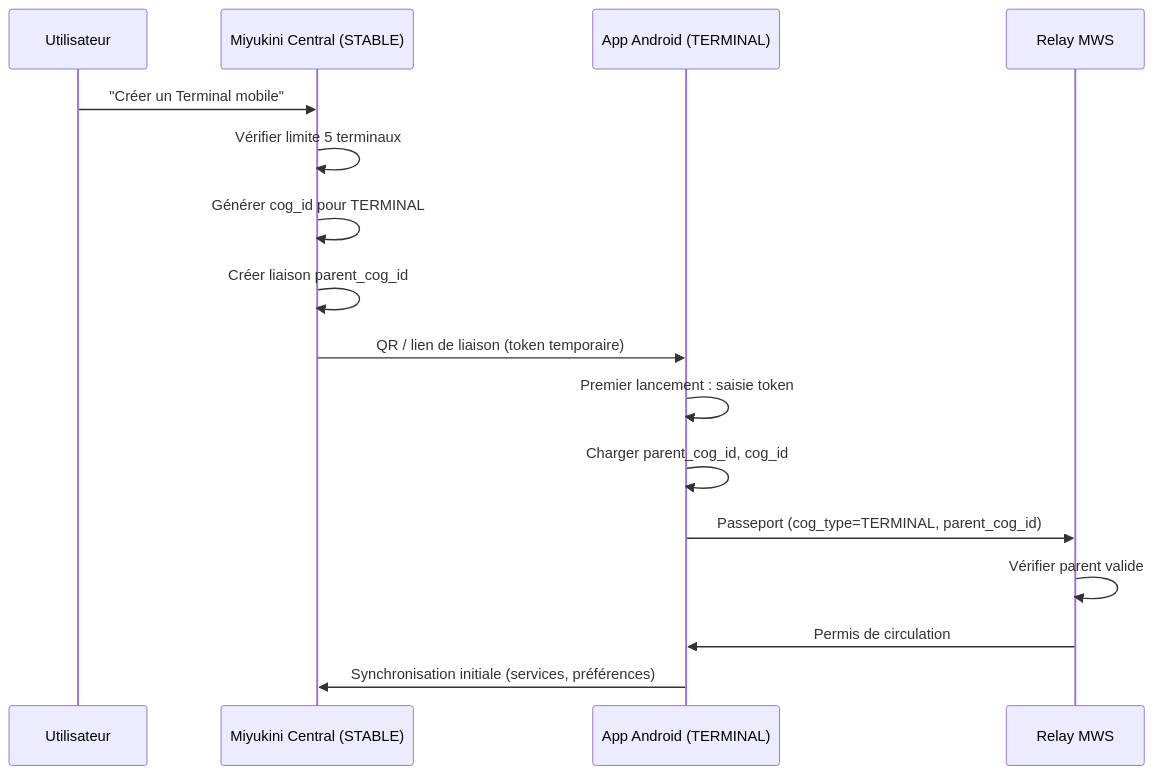
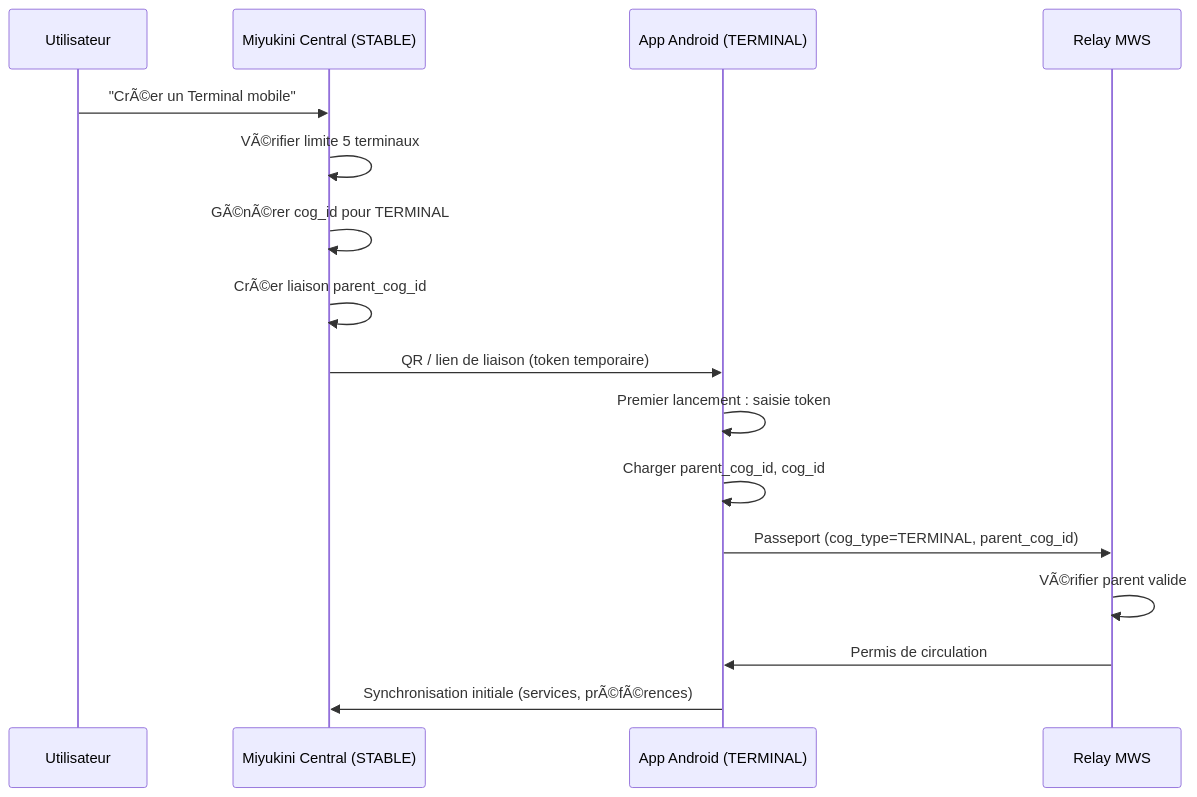
One commit to StudioMiyukini/miyukini_cog changed the diagram in docs/implementation/Miyukini COG - Etude App Android Terminal.md. Above: the diagram before and after it, drawn with Mermaid. The commit also changed other lines of this file and 1287 other files, not shown here.

````diff
--- a/docs/implementation/Miyukini COG - Etude App Android Terminal.md
+++ b/docs/implementation/Miyukini COG - Etude App Android Terminal.md
@@ -52,19 +52,19 @@
 ```mermaid
 sequenceDiagram
     participant U as Utilisateur
     participant C as Miyukini Central (STABLE)
     participant T as App Android (TERMINAL)
     participant R as Relay MWS
 
-    U->>C: "Créer un Terminal mobile"
-    C->>C: Vérifier limite 5 terminaux
-    C->>C: Générer cog_id pour TERMINAL
-    C->>C: Créer liaison parent_cog_id
+    U->>C: "CrÃ©er un Terminal mobile"
+    C->>C: VÃ©rifier limite 5 terminaux
+    C->>C: GÃ©nÃ©rer cog_id pour TERMINAL
+    C->>C: CrÃ©er liaison parent_cog_id
     C->>T: QR / lien de liaison (token temporaire)
     T->>T: Premier lancement : saisie token
     T->>T: Charger parent_cog_id, cog_id
     T->>R: Passeport (cog_type=TERMINAL, parent_cog_id)
-    R->>R: Vérifier parent valide
+    R->>R: VÃ©rifier parent valide
     R->>T: Permis de circulation
-    T->>C: Synchronisation initiale (services, préférences)
+    T->>C: Synchronisation initiale (services, prÃ©fÃ©rences)
 ```
````
